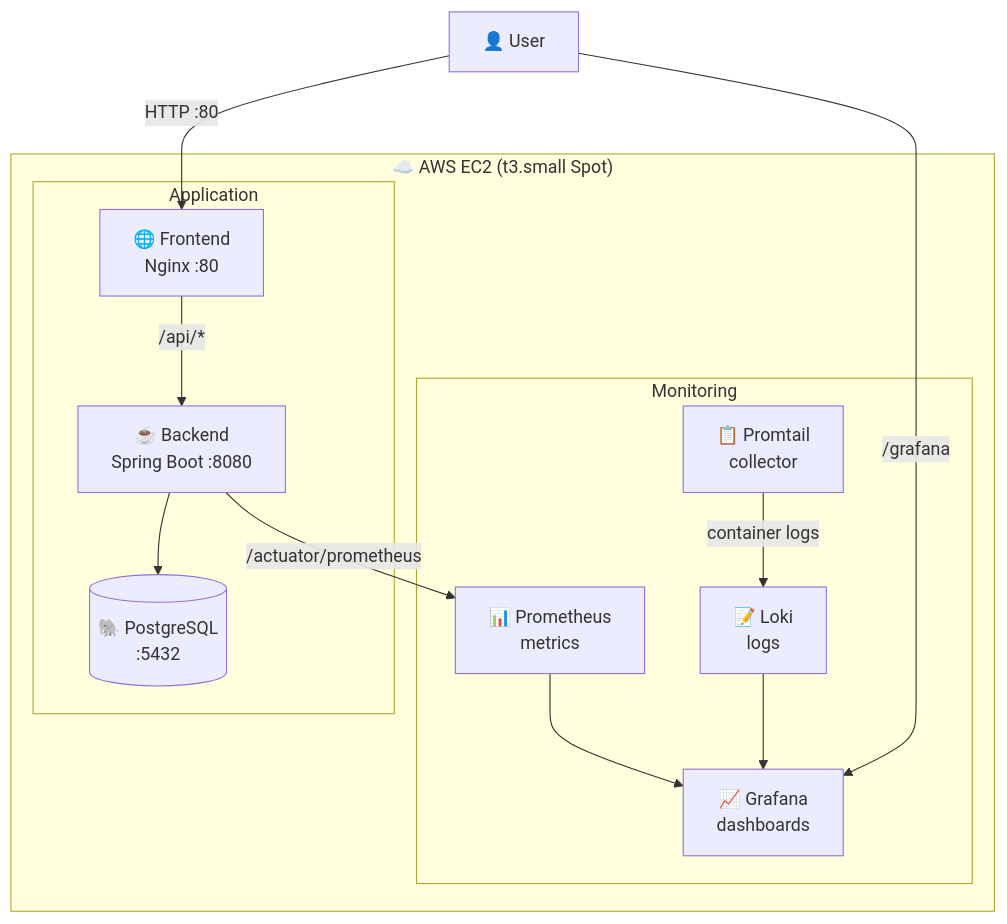
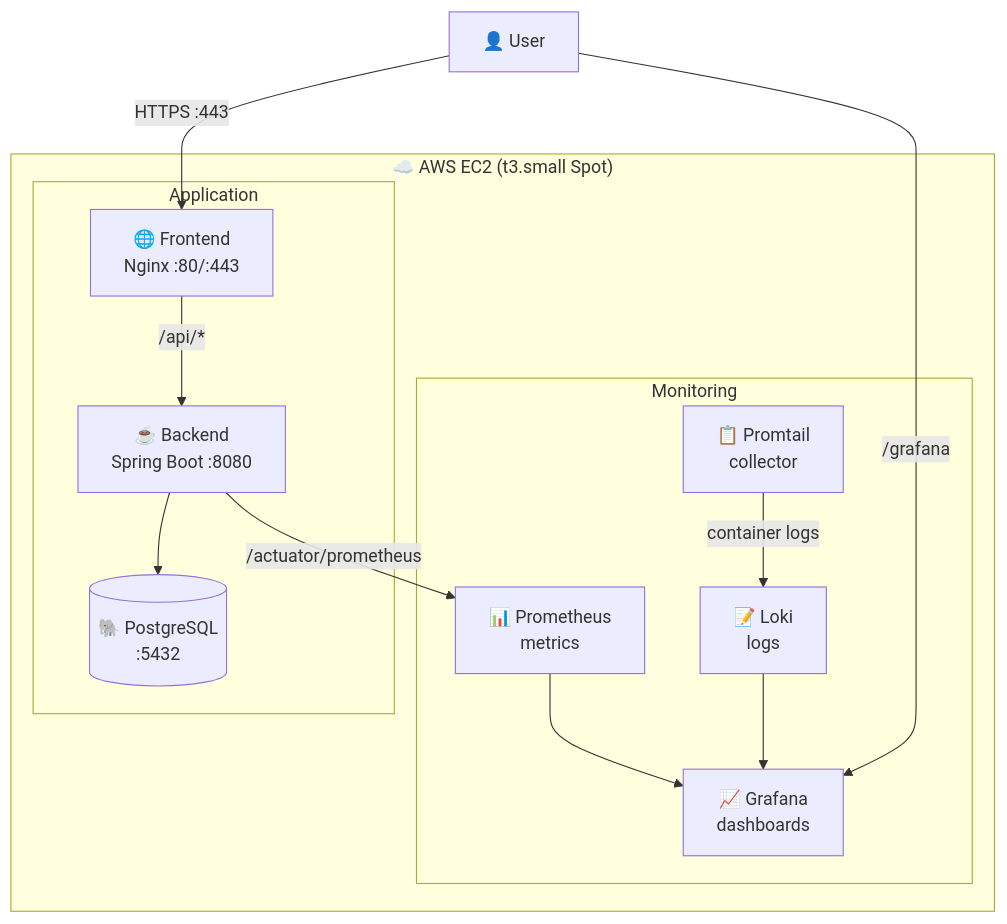
Before and after one commit to marcinszewczykArch/starter: the diagram in README.md, drawn with Mermaid. The commit also changed other lines of this file, not shown here.

Commit message:
https readme

````diff
--- a/README.md
+++ b/README.md
@@ -214,27 +214,27 @@
 ```mermaid
 graph TB
     subgraph EC2["☁️ AWS EC2 (t3.small Spot)"]
         subgraph App["Application"]
-            FE[🌐 Frontend<br/>Nginx :80]
+            FE[🌐 Frontend<br/>Nginx :80/:443]
             BE[☕ Backend<br/>Spring Boot :8080]
             DB[(🐘 PostgreSQL<br/>:5432)]
         end
         
         subgraph Mon["Monitoring"]
             PR[📊 Prometheus<br/>metrics]
             GR[📈 Grafana<br/>dashboards]
             LO[📝 Loki<br/>logs]
             PT[📋 Promtail<br/>collector]
         end
         
         FE -->|/api/*| BE
         BE --> DB
         BE -->|/actuator/prometheus| PR
         PR --> GR
         PT -->|container logs| LO
         LO --> GR
     end
     
-    U[👤 User] -->|HTTP :80| FE
+    U[👤 User] -->|HTTPS :443| FE
     U -->|/grafana| GR
 ```
````
